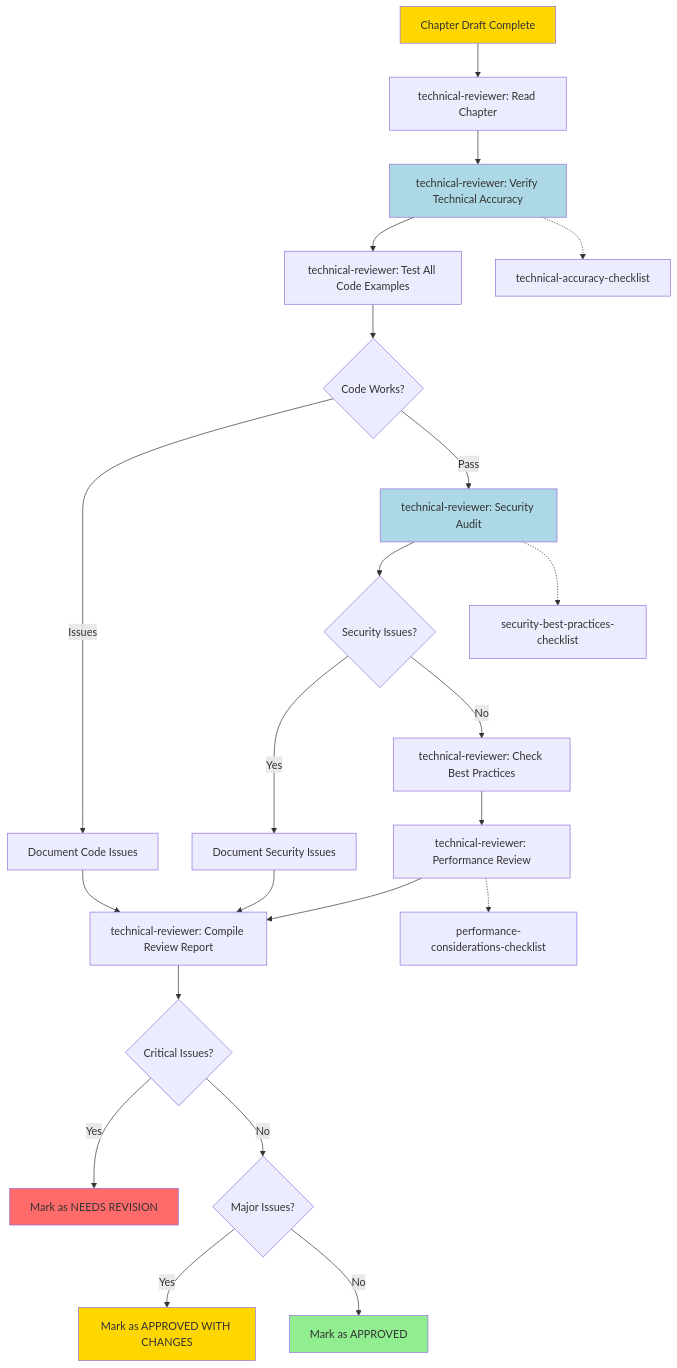
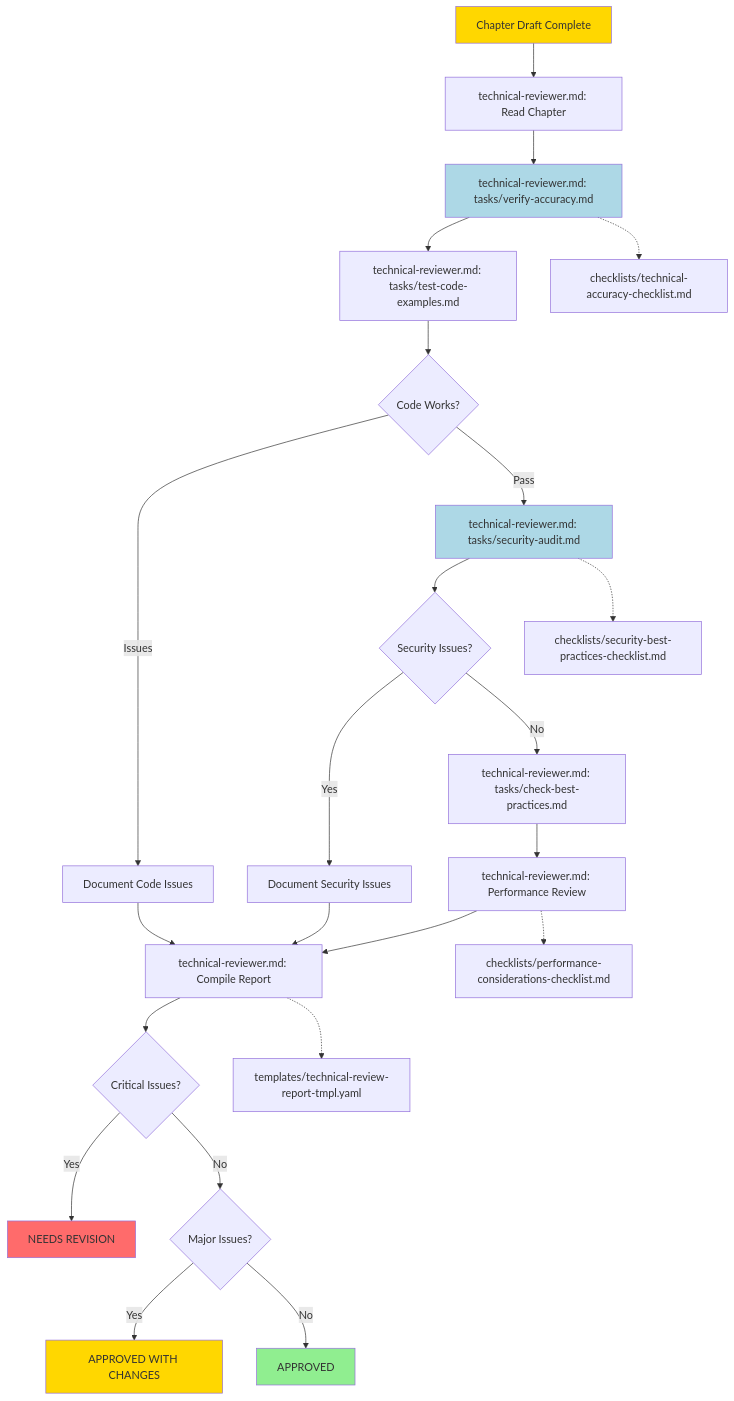
One commit to drbothen/BMAD-METHOD changed the tenth of 18 diagrams in expansion-packs/bmad-technical-writing/docs/process-flows.md. Above: the diagram before and after it, drawn with Mermaid. The commit also changed other lines of this file, not shown here.

Commit message:
docs: add comprehensive process flow documentation

````diff
--- a/expansion-packs/bmad-technical-writing/docs/process-flows.md
+++ b/expansion-packs/bmad-technical-writing/docs/process-flows.md
@@ -517,33 +870,34 @@
 ```mermaid
 graph TD
-    A[Chapter Draft Complete] --> B[technical-reviewer: Read Chapter]
-    B --> C[technical-reviewer: Verify Technical Accuracy]
-    C --> D[technical-reviewer: Test All Code Examples]
+    A[Chapter Draft Complete] --> B[technical-reviewer.md: Read Chapter]
+    B --> C[technical-reviewer.md: tasks/verify-accuracy.md]
+    C --> D[technical-reviewer.md: tasks/test-code-examples.md]
     D --> E{Code Works?}
     E -->|Issues| F[Document Code Issues]
-    E -->|Pass| G[technical-reviewer: Security Audit]
+    E -->|Pass| G[technical-reviewer.md: tasks/security-audit.md]
     G --> H{Security Issues?}
     H -->|Yes| I[Document Security Issues]
-    H -->|No| J[technical-reviewer: Check Best Practices]
-    J --> K[technical-reviewer: Performance Review]
-    K --> L[technical-reviewer: Compile Review Report]
+    H -->|No| J[technical-reviewer.md: tasks/check-best-practices.md]
+    J --> K[technical-reviewer.md: Performance Review]
+    K --> L[technical-reviewer.md: Compile Report]
     L --> M{Critical Issues?}
-    M -->|Yes| N[Mark as NEEDS REVISION]
+    M -->|Yes| N[NEEDS REVISION]
     M -->|No| O{Major Issues?}
-    O -->|Yes| P[Mark as APPROVED WITH CHANGES]
-    O -->|No| Q[Mark as APPROVED]
+    O -->|Yes| P[APPROVED WITH CHANGES]
+    O -->|No| Q[APPROVED]
 
     F --> L
     I --> L
 
-    C -.-> C1[technical-accuracy-checklist]
-    G -.-> G1[security-best-practices-checklist]
-    K -.-> K1[performance-considerations-checklist]
+    C -.-> C1[checklists/technical-accuracy-checklist.md]
+    G -.-> G1[checklists/security-best-practices-checklist.md]
+    K -.-> K1[checklists/performance-considerations-checklist.md]
+    L -.-> L1[templates/technical-review-report-tmpl.yaml]
 
     style A fill:#FFD700
     style N fill:#FF6B6B
     style P fill:#FFD700
     style Q fill:#90EE90
     style C fill:#ADD8E6
     style G fill:#ADD8E6
 ```
````
